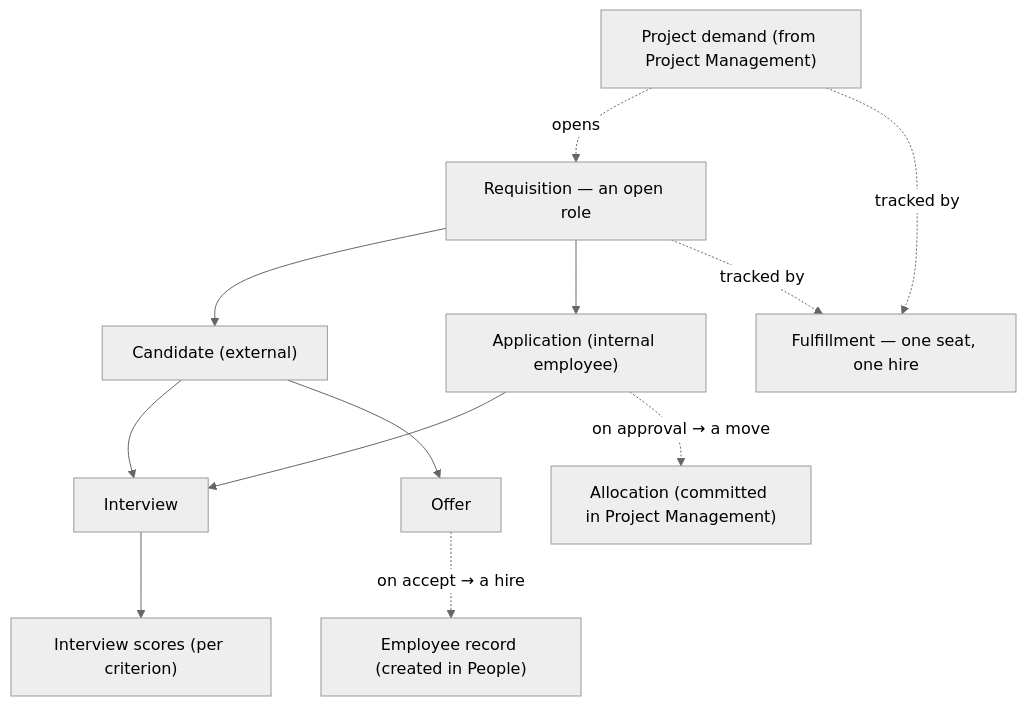
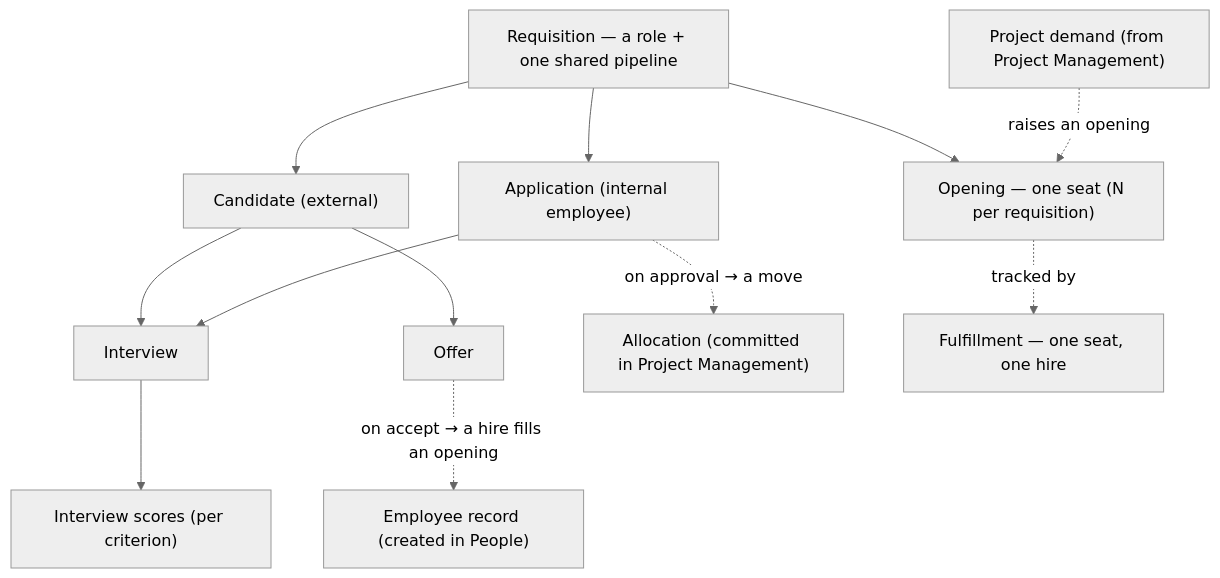
The first of 11 diagrams in docs/modules/hiring-prd.md (Seta-International/agent-platform), drawn with Mermaid (neutral theme) before and after one commit. The commit also changed other lines of this file and 3 other files, not shown here.

````diff
--- a/docs/modules/hiring-prd.md
+++ b/docs/modules/hiring-prd.md
@@ -134,18 +134,18 @@
 ```mermaid
 graph TD
-  R["Requisition — an open role"]
+  R["Requisition — a role + one shared pipeline"]
+  R --> O["Opening — one seat (N per requisition)"]
   R --> C["Candidate (external)"]
   R --> AP["Application (internal employee)"]
   C --> IV["Interview"]
   AP --> IV
   IV --> SC["Interview scores (per criterion)"]
   C --> OF["Offer"]
-  OF -. "on accept → a hire" .-> PE["Employee record (created in People)"]
+  OF -. "on accept → a hire fills an opening" .-> PE["Employee record (created in People)"]
   AP -. "on approval → a move" .-> AL["Allocation (committed in Project Management)"]
 
   DM["Project demand (from Project Management)"]
-  DM -. "opens" .-> R
+  DM -. "raises an opening" .-> O
   FUL["Fulfillment — one seat, one hire"]
-  DM -. tracked by .-> FUL
-  R -. tracked by .-> FUL
+  O -. tracked by .-> FUL
 ```
````
